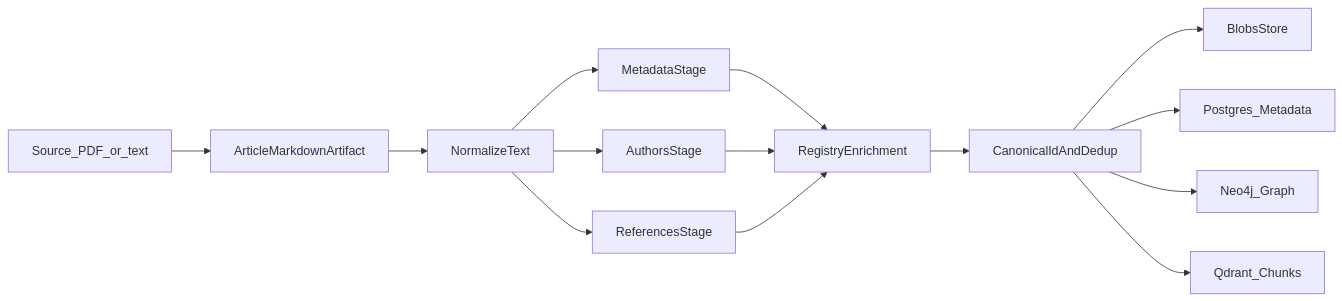
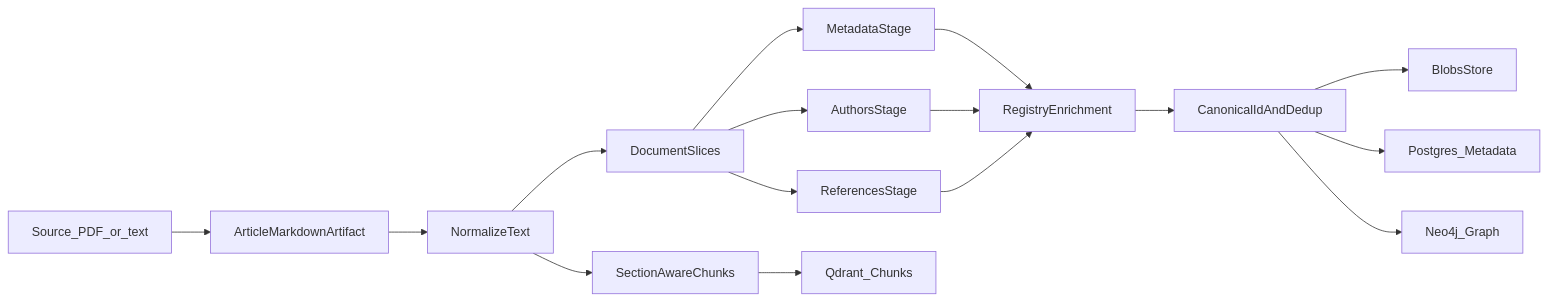
One commit to xabarov/science-graphrag changed the diagram in docs/architecture/phase-1-backbone.md. Above: the diagram before and after it, drawn with Mermaid. The commit also changed other lines of this file and 34 other files, not shown here.

Commit message:
Enhance configuration and ingestion pipeline: update environment variables for LLM extraction, add Phoenix service to Docker, and refine chunking strategy with new settings for document slices and section-aware retrieval.

````diff
--- a/docs/architecture/phase-1-backbone.md
+++ b/docs/architecture/phase-1-backbone.md
@@ -42,16 +44,18 @@
 ```mermaid
 flowchart LR
     PDF[Source_PDF_or_text] --> Md[ArticleMarkdownArtifact]
     Md --> Norm[NormalizeText]
-    Norm --> Meta[MetadataStage]
-    Norm --> Auth[AuthorsStage]
-    Norm --> Refs[ReferencesStage]
+    Norm --> Slice[DocumentSlices]
+    Slice --> Meta[MetadataStage]
+    Slice --> Auth[AuthorsStage]
+    Slice --> Refs[ReferencesStage]
+    Norm --> Chunks[SectionAwareChunks]
     Meta --> Enrich[RegistryEnrichment]
     Auth --> Enrich
     Refs --> Enrich
     Enrich --> Dedup[CanonicalIdAndDedup]
     Dedup --> Blobs[BlobsStore]
     Dedup --> PG[Postgres_Metadata]
     Dedup --> Neo[Neo4j_Graph]
-    Dedup --> Vec[Qdrant_Chunks]
+    Chunks --> Vec[Qdrant_Chunks]
 ```
````
